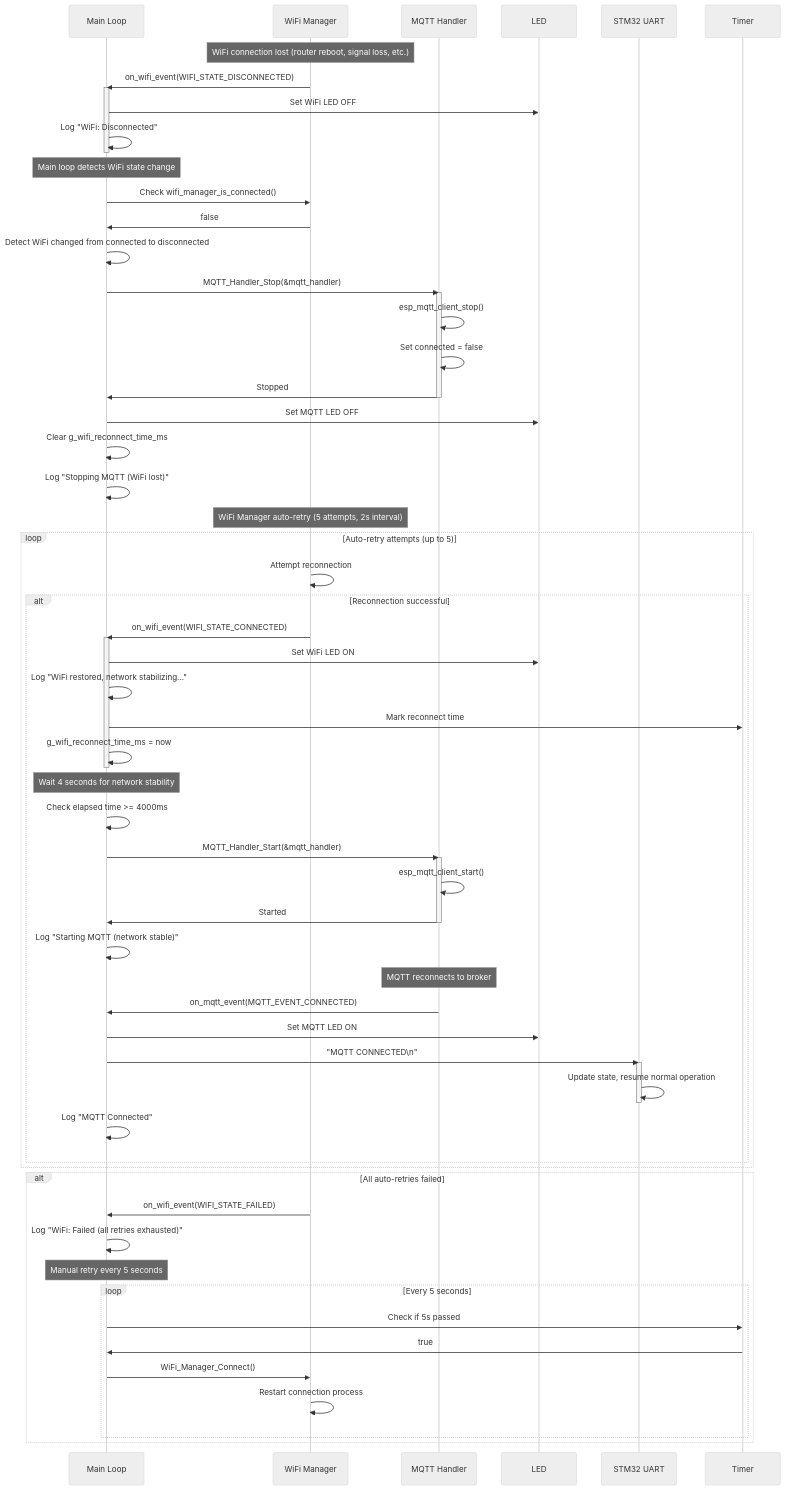
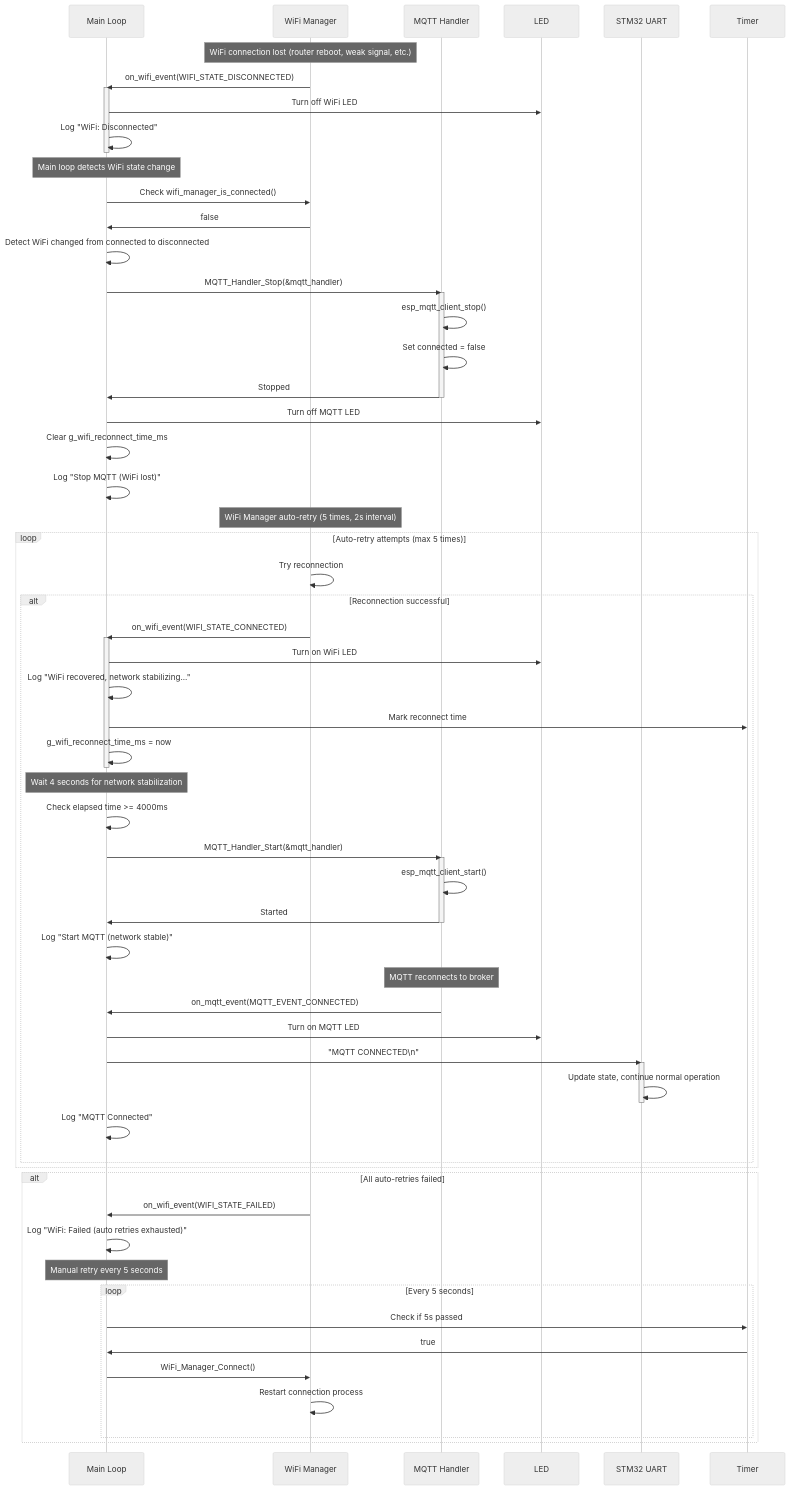
Before and after one commit to meeTeam05/datalogger: the sixth of 7 diagrams in documents/ESP32/SEQUENCE_DIAGRAM_ESP32.md, drawn with Mermaid (neutral theme). The commit also changed other lines of this file and 5 other files, not shown here.

```diff
--- a/documents/ESP32/SEQUENCE_DIAGRAM_ESP32.md
+++ b/documents/ESP32/SEQUENCE_DIAGRAM_ESP32.md
@@ -484,11 +426,11 @@
     participant STM32 as STM32 UART
     participant Timer
     
-    Note over WiFi: WiFi connection lost (router reboot, signal loss, etc.)
+    Note over WiFi: WiFi connection lost (router reboot, weak signal, etc.)
     
     WiFi->>Main: on_wifi_event(WIFI_STATE_DISCONNECTED)
     activate Main
-    Main->>LED: Set WiFi LED OFF
+    Main->>LED: Turn off WiFi LED
     Main->>Main: Log "WiFi: Disconnected"
     deactivate Main
     
@@ -505,25 +447,25 @@
     MQTT->>Main: Stopped
     deactivate MQTT
     
-    Main->>LED: Set MQTT LED OFF
+    Main->>LED: Turn off MQTT LED
     Main->>Main: Clear g_wifi_reconnect_time_ms
-    Main->>Main: Log "Stopping MQTT (WiFi lost)"
+    Main->>Main: Log "Stop MQTT (WiFi lost)"
     
-    Note over WiFi: WiFi Manager auto-retry (5 attempts, 2s interval)
+    Note over WiFi: WiFi Manager auto-retry (5 times, 2s interval)
     
-    loop Auto-retry attempts (up to 5)
-        WiFi->>WiFi: Attempt reconnection
+    loop Auto-retry attempts (max 5 times)
+        WiFi->>WiFi: Try reconnection
         
         alt Reconnection successful
             WiFi->>Main: on_wifi_event(WIFI_STATE_CONNECTED)
             activate Main
-            Main->>LED: Set WiFi LED ON
-            Main->>Main: Log "WiFi restored, network stabilizing..."
+            Main->>LED: Turn on WiFi LED
+            Main->>Main: Log "WiFi recovered, network stabilizing..."
             Main->>Timer: Mark reconnect time
             Main->>Main: g_wifi_reconnect_time_ms = now
             deactivate Main
             
-            Note over Main: Wait 4 seconds for network stability
+            Note over Main: Wait 4 seconds for network stabilization
             
             Main->>Main: Check elapsed time >= 4000ms
             Main->>MQTT: MQTT_Handler_Start(&mqtt_handler)
@@ -532,16 +474,16 @@
             MQTT->>Main: Started
             deactivate MQTT
             
-            Main->>Main: Log "Starting MQTT (network stable)"
+            Main->>Main: Log "Start MQTT (network stable)"
             
             Note over MQTT: MQTT reconnects to broker
             
             MQTT->>Main: on_mqtt_event(MQTT_EVENT_CONNECTED)
-            Main->>LED: Set MQTT LED ON
+            Main->>LED: Turn on MQTT LED
             
             Main->>STM32: "MQTT CONNECTED\n"
             activate STM32
-            STM32->>STM32: Update state, resume normal operation
+            STM32->>STM32: Update state, continue normal operation
             deactivate STM32
             
             Main->>Main: Log "MQTT Connected"
@@ -550,7 +492,7 @@
     
     alt All auto-retries failed
         WiFi->>Main: on_wifi_event(WIFI_STATE_FAILED)
-        Main->>Main: Log "WiFi: Failed (all retries exhausted)"
+        Main->>Main: Log "WiFi: Failed (auto retries exhausted)"
         
         Note over Main: Manual retry every 5 seconds
         
```
